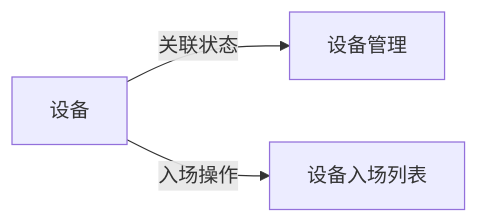
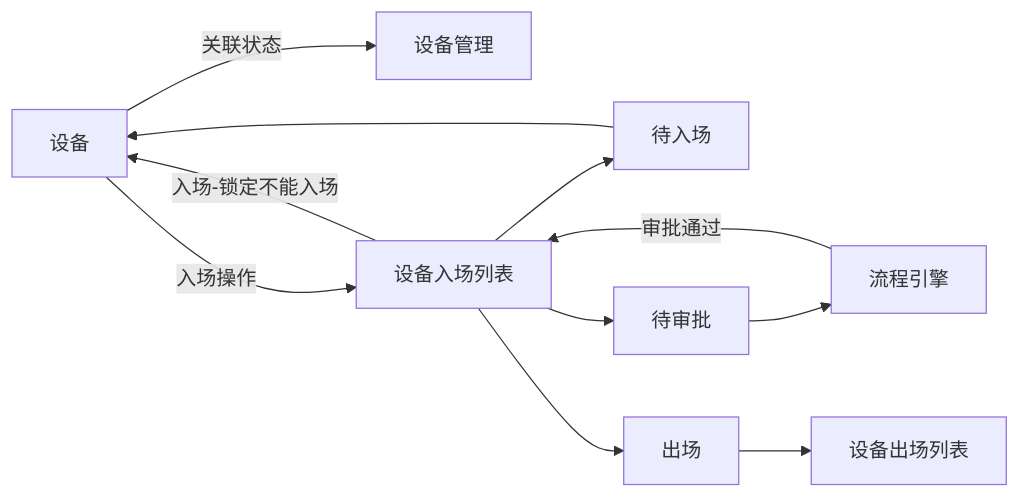
One commit to sunnynie/note changed the diagram in top/设备管理/设备管理.md. Above: the diagram before and after it, drawn with Mermaid.

Commit message:
更改流程图

````diff
--- a/top/设备管理/设备管理.md
+++ b/top/设备管理/设备管理.md
@@ -22,6 +22,11 @@
 ```mermaid
 graph LR;
 设备--关联状态-->设备管理;
 设备--入场操作-->设备入场列表;
+设备入场列表-->待入场-->设备
+设备入场列表-->待审批-->流程引擎
+流程引擎--审批通过--> 设备入场列表
+设备入场列表--入场-锁定不能入场-->设备
+设备入场列表-->出场-->设备出场列表
 
 ```
````
